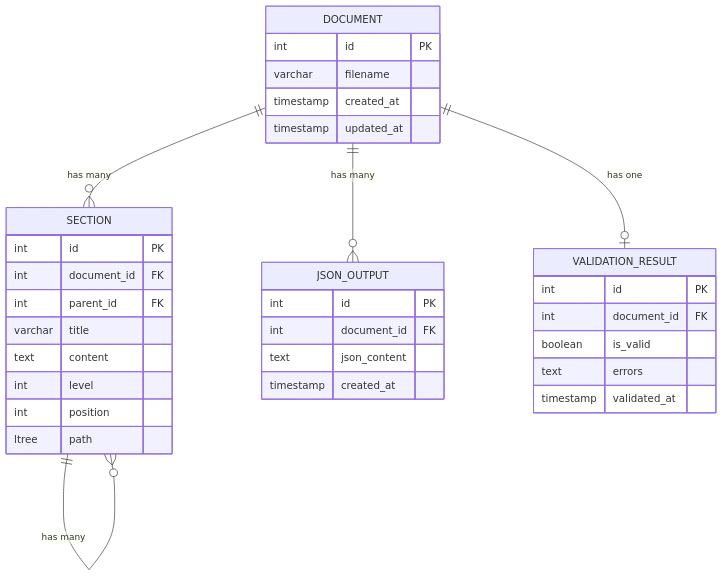
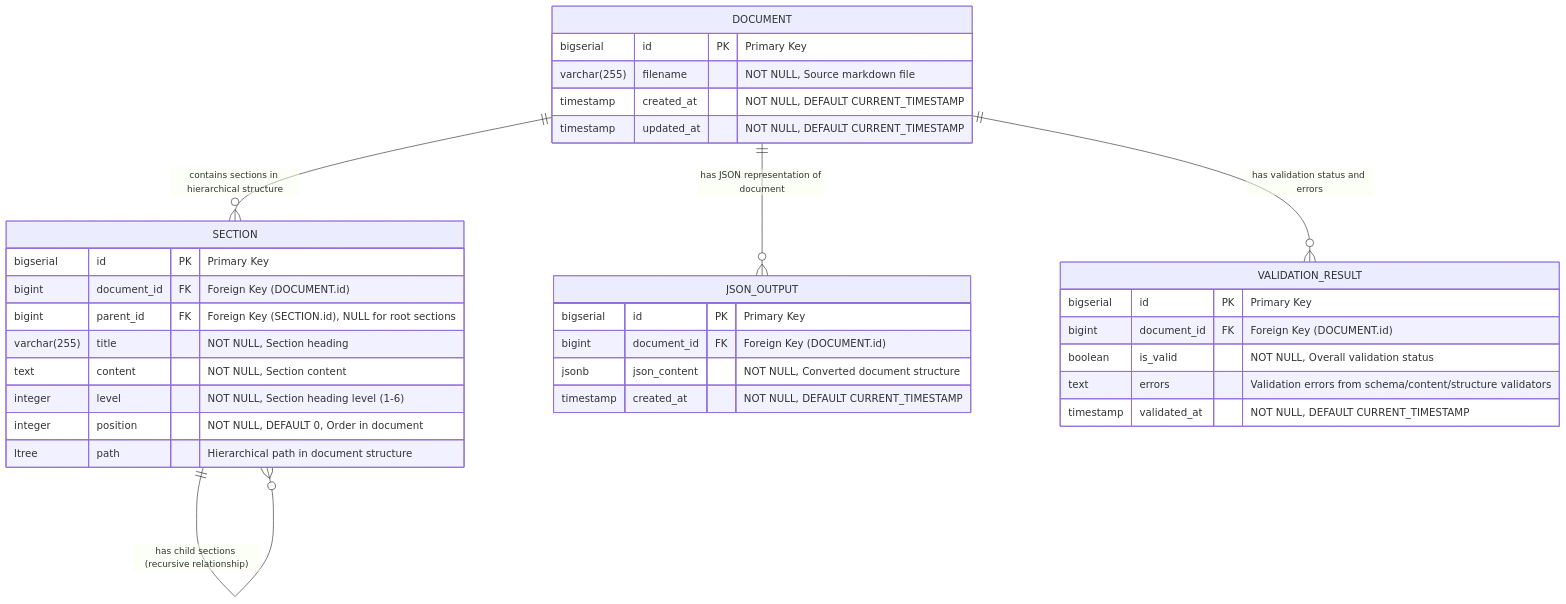
One commit to StrideIT/markdown-to-json-db changed the third of 4 diagrams in README.md. Above: the diagram before and after it, drawn with Mermaid. The commit also changed other lines of this file and 65 other files, not shown here.

````diff
--- a/README.md
+++ b/README.md
@@ -36,37 +217,45 @@
 ```mermaid
 erDiagram
+    %% Document Management
     DOCUMENT {
-        int id PK
-        varchar filename
-        timestamp created_at
-        timestamp updated_at
-    }
-    SECTION {
-        int id PK
-        int document_id FK
-        int parent_id FK
-        varchar title
-        text content
-        int level
-        int position
-        ltree path
-    }
-    JSON_OUTPUT {
-        int id PK
-        int document_id FK
-        text json_content
-        timestamp created_at
-    }
-    VALIDATION_RESULT {
-        int id PK
-        int document_id FK
-        boolean is_valid
-        text errors
-        timestamp validated_at
+        bigserial id PK "Primary Key"
+        varchar(255) filename "NOT NULL, Source markdown file"
+        timestamp created_at "NOT NULL, DEFAULT CURRENT_TIMESTAMP"
+        timestamp updated_at "NOT NULL, DEFAULT CURRENT_TIMESTAMP"
     }
 
-    DOCUMENT ||--o{ SECTION : "has many"
-    SECTION ||--o{ SECTION : "has many"
-    DOCUMENT ||--o{ JSON_OUTPUT : "has many"
-    DOCUMENT ||--o| VALIDATION_RESULT : "has one"
+    %% Section Hierarchy
+    SECTION {
+        bigserial id PK "Primary Key"
+        bigint document_id FK "Foreign Key (DOCUMENT.id)"
+        bigint parent_id FK "Foreign Key (SECTION.id), NULL for root sections"
+        varchar(255) title "NOT NULL, Section heading"
+        text content "NOT NULL, Section content"
+        integer level "NOT NULL, Section heading level (1-6)"
+        integer position "NOT NULL, DEFAULT 0, Order in document"
+        ltree path "Hierarchical path in document structure"
+    }
+
+    %% JSON Representation
+    JSON_OUTPUT {
+        bigserial id PK "Primary Key"
+        bigint document_id FK "Foreign Key (DOCUMENT.id)"
+        jsonb json_content "NOT NULL, Converted document structure"
+        timestamp created_at "NOT NULL, DEFAULT CURRENT_TIMESTAMP"
+    }
+
+    %% Validation Results
+    VALIDATION_RESULT {
+        bigserial id PK "Primary Key"
+        bigint document_id FK "Foreign Key (DOCUMENT.id)"
+        boolean is_valid "NOT NULL, Overall validation status"
+        text errors "Validation errors from schema/content/structure validators"
+        timestamp validated_at "NOT NULL, DEFAULT CURRENT_TIMESTAMP"
+    }
+
+    %% Relationships with cardinality and descriptions
+    DOCUMENT ||--o{ SECTION : "contains sections in hierarchical structure"
+    SECTION ||--o{ SECTION : "has child sections (recursive relationship)"
+    DOCUMENT ||--o{ JSON_OUTPUT : "has JSON representation of document"
+    DOCUMENT ||--o{ VALIDATION_RESULT : "has validation status and errors"
 ```
````
